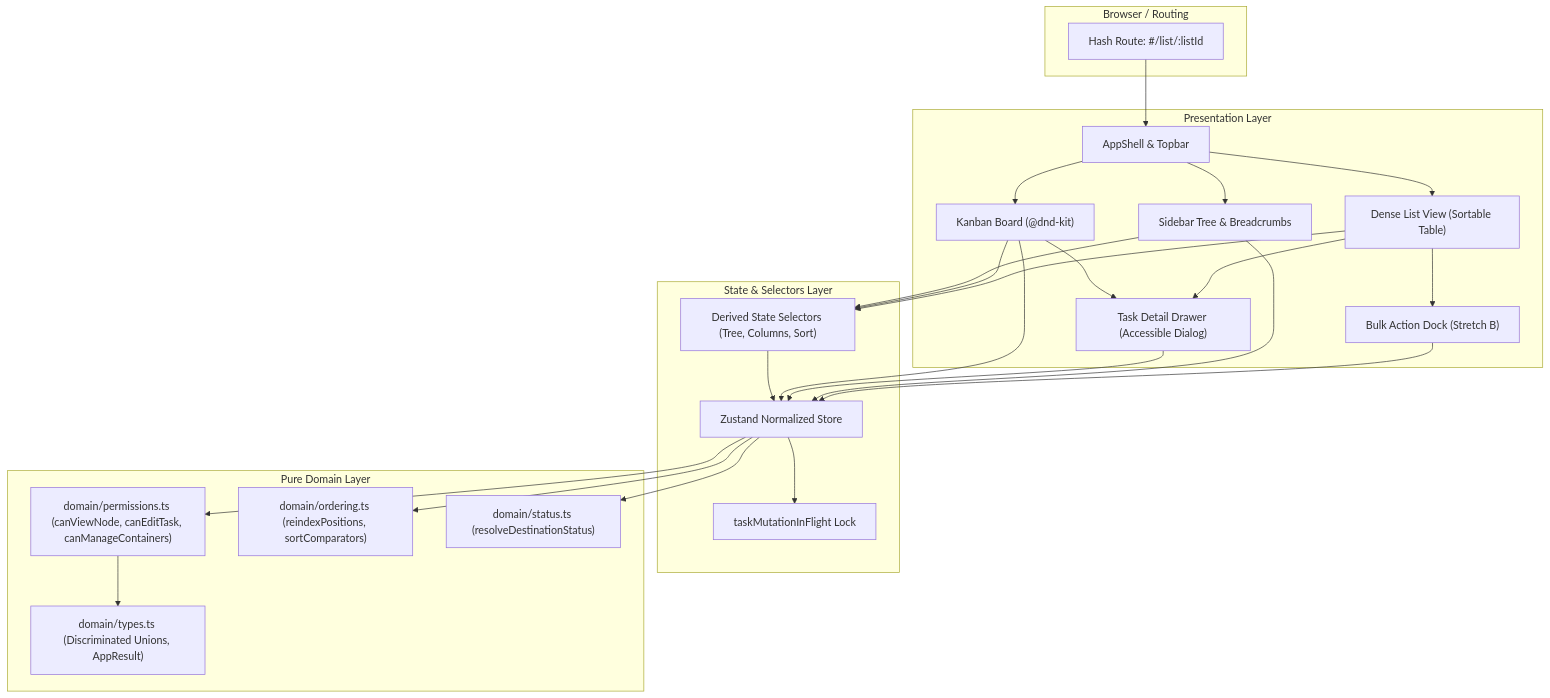
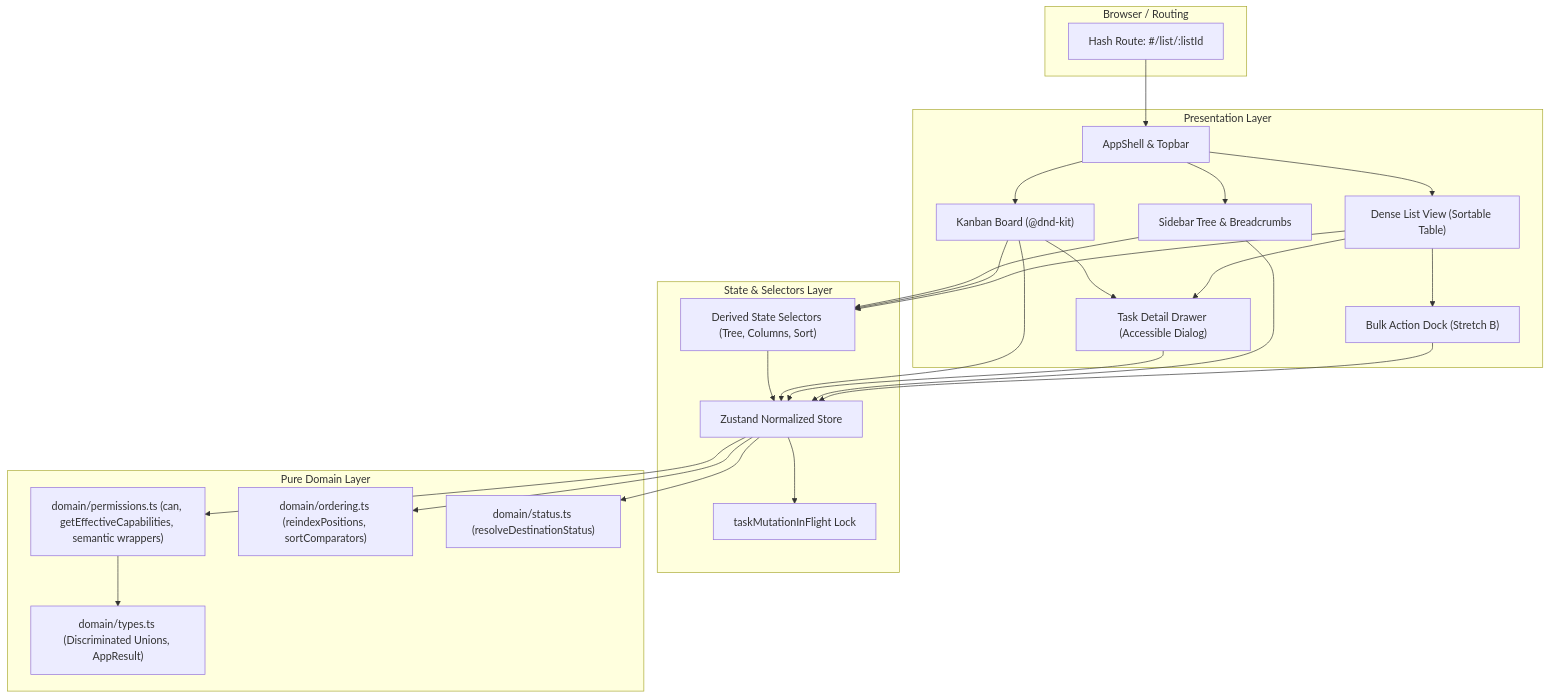
Before and after one commit to ashitagaur/task-management-assignment: the diagram in README.md, drawn with Mermaid. The commit also changed other lines of this file and 13 other files, not shown here.

````diff
--- a/README.md
+++ b/README.md
@@ -33,52 +33,52 @@
 ```mermaid
 graph TD
     subgraph Browser / Routing
         URL["Hash Route: #/list/:listId"]
     end
 
     subgraph Presentation Layer
         App["AppShell & Topbar"]
         Nav["Sidebar Tree & Breadcrumbs"]
         Board["Kanban Board (@dnd-kit)"]
         List["Dense List View (Sortable Table)"]
         Drawer["Task Detail Drawer (Accessible Dialog)"]
         Dock["Bulk Action Dock (Stretch B)"]
     end
 
     subgraph State & Selectors Layer
         Store["Zustand Normalized Store"]
         Selectors["Derived State Selectors (Tree, Columns, Sort)"]
         Lock["taskMutationInFlight Lock"]
     end
 
     subgraph Pure Domain Layer
-        Permissions["domain/permissions.ts (canViewNode, canEditTask, canManageContainers)"]
+        Permissions["domain/permissions.ts (can, getEffectiveCapabilities, semantic wrappers)"]
         Ordering["domain/ordering.ts (reindexPositions, sortComparators)"]
         StatusRemap["domain/status.ts (resolveDestinationStatus)"]
         Types["domain/types.ts (Discriminated Unions, AppResult)"]
     end
 
     URL --> App
     App --> Nav
     App --> Board
     App --> List
     Board --> Drawer
     List --> Drawer
     List --> Dock
 
     Nav --> Selectors
     Board --> Selectors
     List --> Selectors
     Selectors --> Store
 
     Board --> Store
     Drawer --> Store
     Nav --> Store
     Dock --> Store
 
     Store --> Lock
     Store --> Permissions
     Store --> Ordering
     Store --> StatusRemap
     Permissions --> Types
 ```
````
